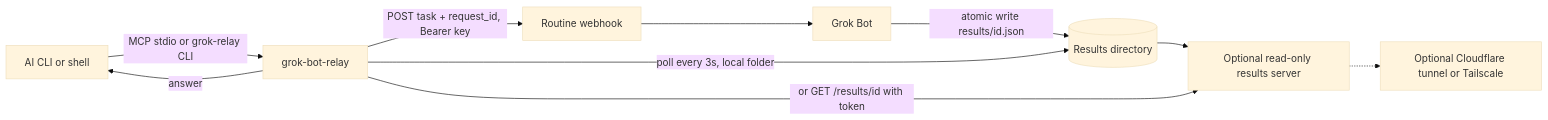
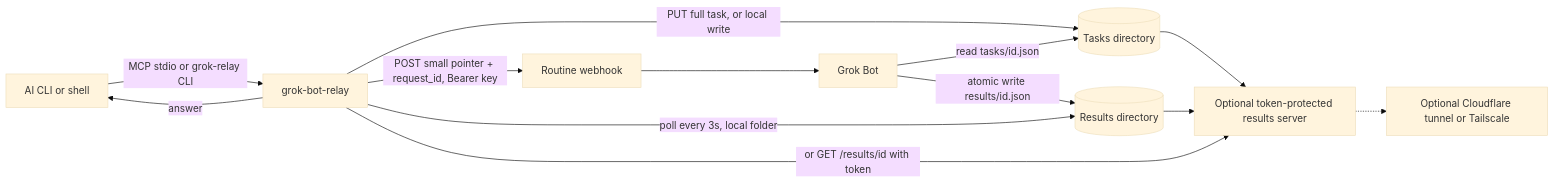
The diagram in README.md (lucklypriyansh-2/grok-bot-relay), drawn with Mermaid (base theme) before and after one commit. The commit also changed other lines of this file and 29 other files, not shown here.

````diff
--- a/README.md
+++ b/README.md
@@ -20,12 +21,15 @@
 ```mermaid
 flowchart LR
   Client["AI CLI or shell"] -->|"MCP stdio or grok-relay CLI"| Relay[grok-bot-relay]
-  Relay -->|"POST task + request_id, Bearer key"| Hook[Routine webhook]
+  Relay -->|"PUT full task, or local write"| Tasks[(Tasks directory)]
+  Relay -->|"POST small pointer + request_id, Bearer key"| Hook[Routine webhook]
   Hook --> Bot[Grok Bot]
+  Bot -->|"read tasks/id.json"| Tasks
   Bot -->|"atomic write results/id.json"| Files[(Results directory)]
-  Files --> HTTP["Optional read-only results server"]
+  Files --> HTTP["Optional token-protected results server"]
+  Tasks --> HTTP
   HTTP -.-> Tunnel["Optional Cloudflare tunnel or Tailscale"]
   Relay -->|"poll every 3s, local folder"| Files
   Relay -->|"or GET /results/id with token"| HTTP
   Relay -->|answer| Client
 ```
````
